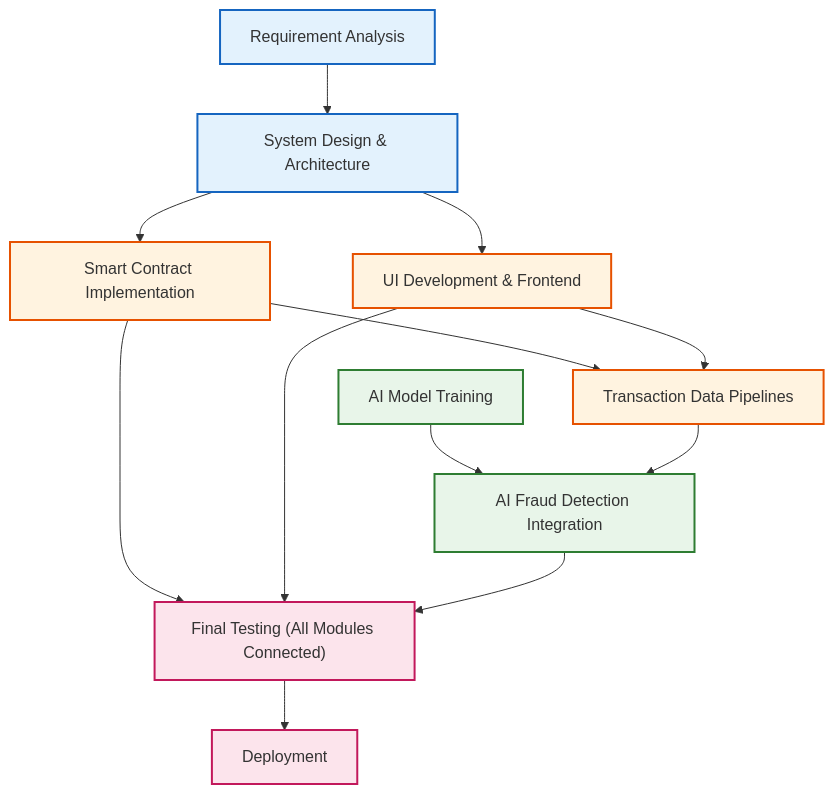
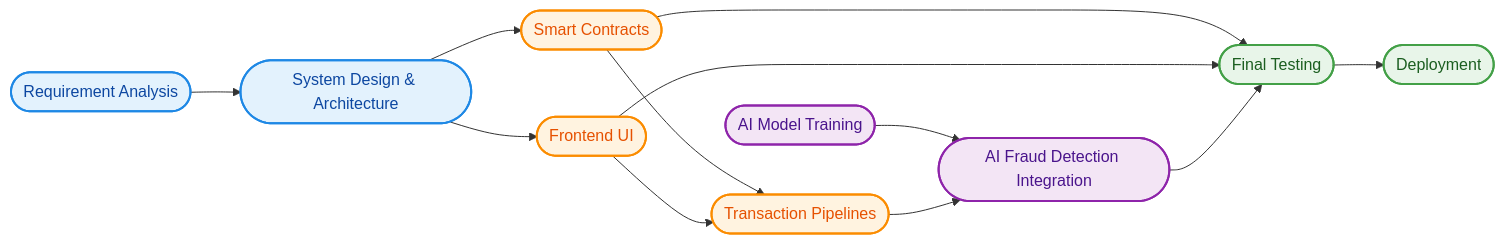
One commit to Sayyed23/Rexell changed the first of 2 diagrams in project_schedule.md. Above: the diagram before and after it, drawn with Mermaid. The commit also changed other lines of this file, not shown here.

Commit message:
docs: refine project task network diagram and update timeline chart in project schedule

````diff
--- a/project_schedule.md
+++ b/project_schedule.md
@@ -13,42 +11,29 @@
 ```mermaid
-graph TD
-    %% Define Node Styles
-    classDef planning fill:#e3f2fd,stroke:#1565c0,stroke-width:2px;
-    classDef core fill:#fff3e0,stroke:#e65100,stroke-width:2px;
-    classDef ai fill:#e8f5e9,stroke:#2e7d32,stroke-width:2px;
-    classDef testing fill:#fce4ec,stroke:#c2185b,stroke-width:2px;
+flowchart LR
+    %% Clean, modern styling
+    classDef plan fill:#E3F2FD,stroke:#1E88E5,stroke-width:2px,color:#0D47A1,rx:5px,ry:5px
+    classDef dev fill:#FFF3E0,stroke:#FB8C00,stroke-width:2px,color:#E65100,rx:5px,ry:5px
+    classDef ai fill:#F3E5F5,stroke:#8E24AA,stroke-width:2px,color:#4A148C,rx:5px,ry:5px
+    classDef finish fill:#E8F5E9,stroke:#43A047,stroke-width:2px,color:#1B5E20,rx:5px,ry:5px
 
     %% Nodes
-    RA["Requirement Analysis"]:::planning
-    SD["System Design & Architecture"]:::planning
+    A([Requirement Analysis]):::plan --> B([System Design & Architecture]):::plan
     
-    SC["Smart Contract Implementation"]:::core
-    UI["UI Development & Frontend"]:::core
-    TDP["Transaction Data Pipelines"]:::core
+    %% Parallel Dev
+    B --> C([Smart Contracts]):::dev
+    B --> D([Frontend UI]):::dev
     
-    AMT["AI Model Training"]:::ai
-    FDI["AI Fraud Detection Integration"]:::ai
+    C --> E([Transaction Pipelines]):::dev
+    D --> E
     
-    FT["Final Testing (All Modules Connected)"]:::testing
-    DEP["Deployment"]:::testing
-
-    %% Dependency Links
-    RA --> SD
+    %% AI Integration
+    F([AI Model Training]):::ai --> G([AI Fraud Detection Integration]):::ai
+    E --> G
     
-    %% Parallel Development
-    SD --> SC
-    SD --> UI
+    %% Testing & Deploy
+    C --> H([Final Testing]):::finish
+    D --> H
+    G --> H
     
-    %% AI and Pipelines
-    SC --> TDP
-    UI --> TDP
-    AMT --> FDI
-    TDP --> FDI
-    
-    %% Final Verification
-    SC --> FT
-    UI --> FT
-    FDI --> FT
-    
-    FT --> DEP
+    H --> I([Deployment]):::finish
 ```
````
